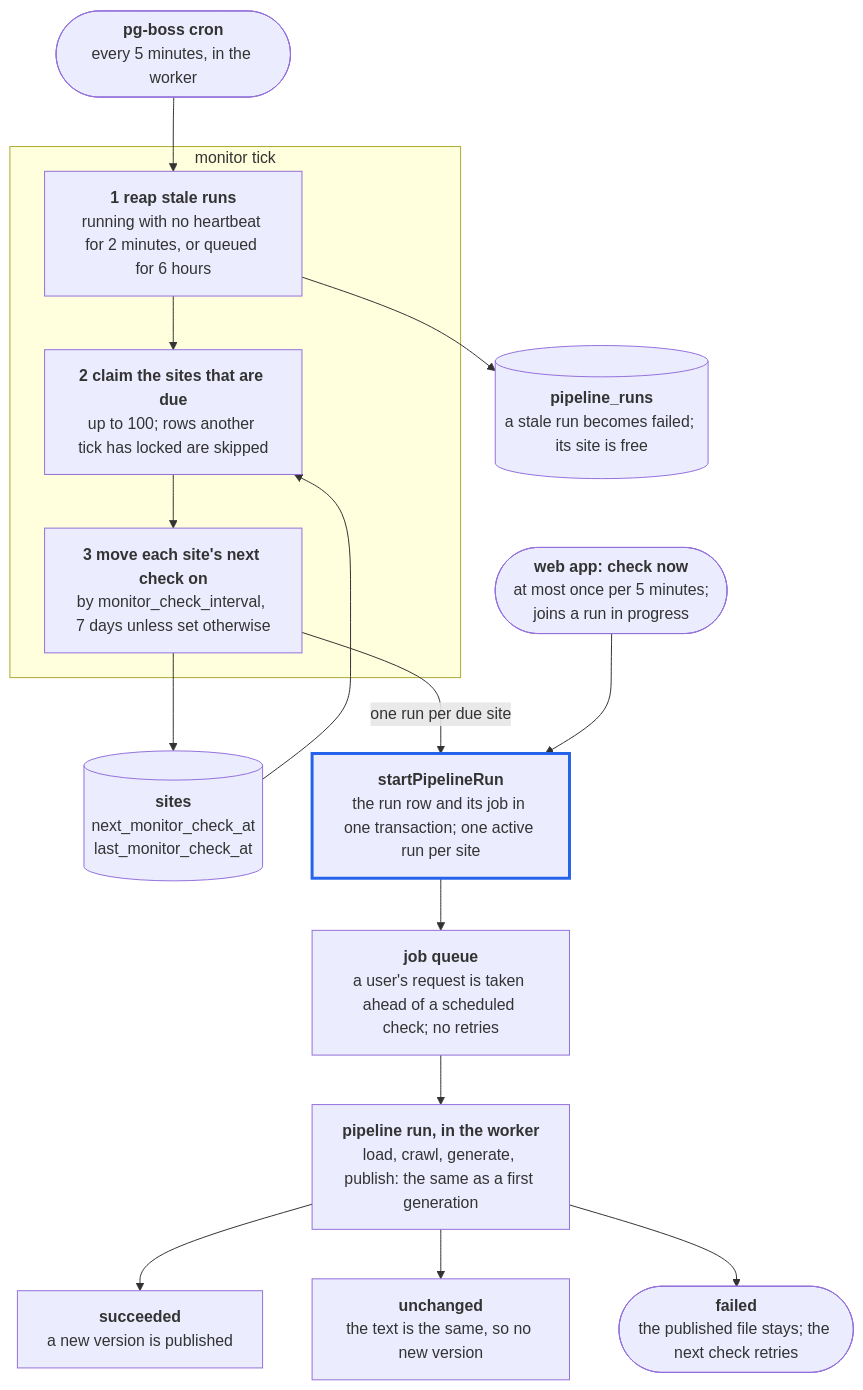
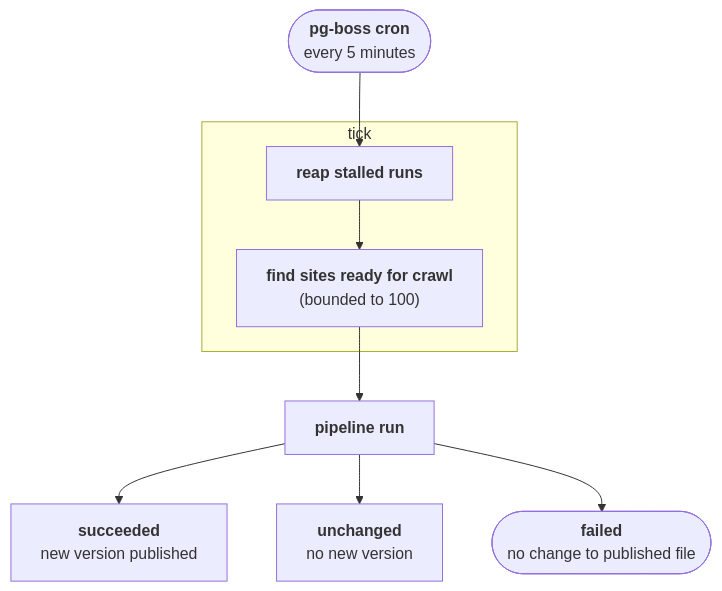
The sixth of 8 diagrams in docs/design/README.md (nevertooserious/llms-txt-ben-lucato), drawn with Mermaid before and after one commit. The commit also changed other lines of this file, not shown here.

First line of the commit message:
Simplify the design diagrams

````diff
--- a/docs/design/README.md
+++ b/docs/design/README.md
@@ -173,33 +160,19 @@
 ```mermaid
 flowchart TD
-  cron(["<b>pg-boss cron</b><br/>every 5 minutes, in the worker"])
-  checkNow(["<b>web app: check now</b><br/>at most once per 5 minutes;<br/>joins a run in progress"])
-  runsTable[("<b>pipeline_runs</b><br/>a stale run becomes failed; its site is free")]
-  sitesTable[("<b>sites</b><br/>next_monitor_check_at<br/>last_monitor_check_at")]
+  cron(["<b>pg-boss cron</b><br/>every 5 minutes"])
 
-  subgraph tick["monitor tick"]
-    reap["<b>1 reap stale runs</b><br/>running with no heartbeat for 2 minutes, or queued for 6 hours"]
-    claim["<b>2 claim the sites that are due</b><br/>up to 100; rows another tick has locked are skipped"]
-    move["<b>3 move each site's next check on</b><br/>by monitor_check_interval, 7 days unless set otherwise"]
-    reap --> claim --> move
+  subgraph tick
+    reap["<b>reap stalled runs</b>"]
+    claim["<b>find sites ready for crawl</b><br/>(bounded to 100)"]
+    reap --> claim
   end
 
-  start["<b>startPipelineRun</b><br/>the run row and its job in one transaction; one active run per site"]
-  queue["<b>job queue</b><br/>a user's request is taken ahead of a scheduled check; no retries"]
-  run["<b>pipeline run, in the worker</b><br/>load, crawl, generate, publish: the same as a first generation"]
-  succeeded["<b>succeeded</b><br/>a new version is published"]
-  unchanged["<b>unchanged</b><br/>the text is the same, so no new version"]
-  failed(["<b>failed</b><br/>the published file stays; the next check retries"])
+  run["<b>pipeline run</b>"]
+  succeeded["<b>succeeded</b><br/>new version published"]
+  unchanged["<b>unchanged</b><br/>no new version"]
+  failed(["<b>failed</b><br/>no change to published file"])
 
   cron --> reap
-  reap --> runsTable
-  sitesTable --> claim
-  move --> sitesTable
-  move -- "one run per due site" --> start
-  checkNow --> start
-  start --> queue
-  queue --> run
+  claim --> run
   run --> succeeded & unchanged & failed
-
-  style start stroke:#2563eb,stroke-width:3px
 ```
````
